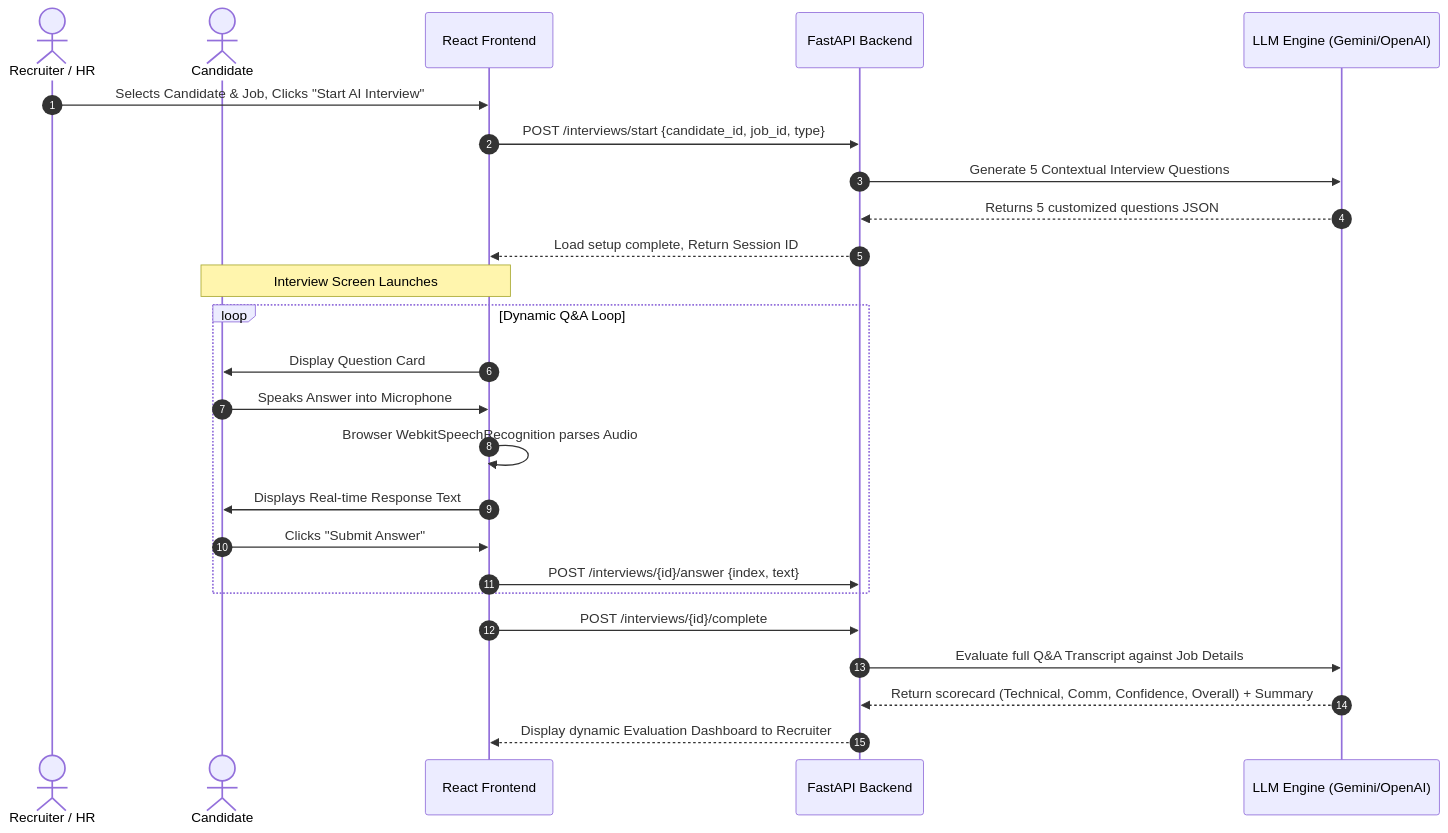
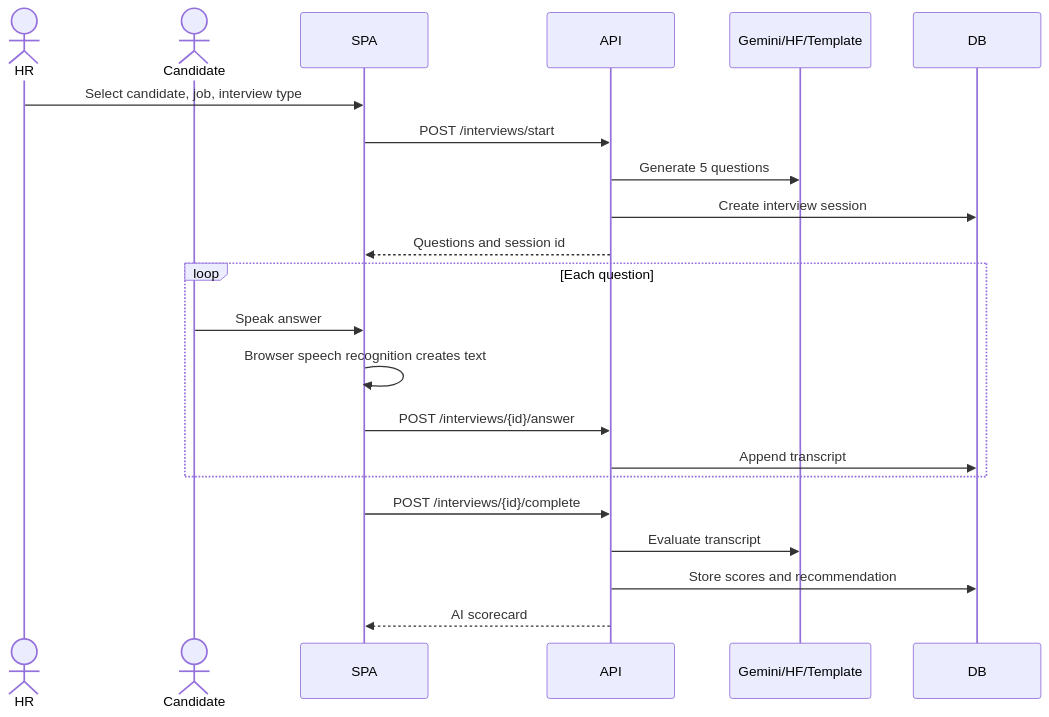
One commit to pranavvenu12/ai-hiring-os changed the third of 7 diagrams in docs/APP_FLOW.md. Above: the diagram before and after it, drawn with Mermaid. The commit also changed other lines of this file and 12 other files, not shown here.

````diff
--- a/docs/APP_FLOW.md
+++ b/docs/APP_FLOW.md
@@ -97,31 +50,25 @@
 ```mermaid
 sequenceDiagram
-    autonumber
-    actor HR as Recruiter / HR
-    actor Cand as Candidate
-    participant SPA as React Frontend
-    participant API as FastAPI Backend
-    participant LLM as LLM Engine (Gemini/OpenAI)
+    actor HR
+    actor Candidate
+    participant SPA
+    participant API
+    participant AI as Gemini/HF/Template
+    participant DB
 
-    HR->>SPA: Selects Candidate & Job, Clicks "Start AI Interview"
-    SPA->>API: POST /interviews/start {candidate_id, job_id, type}
-    API->>LLM: Generate 5 Contextual Interview Questions
-    LLM-->>API: Returns 5 customized questions JSON
-    API-->>SPA: Load setup complete, Return Session ID
-    
-    Note over Cand, SPA: Interview Screen Launches
-    
-    loop Dynamic Q&A Loop
-        SPA->>Cand: Display Question Card
-        Cand->>SPA: Speaks Answer into Microphone
-        SPA->>SPA: Browser WebkitSpeechRecognition parses Audio
-        SPA->>Cand: Displays Real-time Response Text
-        Cand->>SPA: Clicks "Submit Answer"
-        SPA->>API: POST /interviews/{id}/answer {index, text}
+    HR->>SPA: Select candidate, job, interview type
+    SPA->>API: POST /interviews/start
+    API->>AI: Generate 5 questions
+    API->>DB: Create interview session
+    API-->>SPA: Questions and session id
+    loop Each question
+        Candidate->>SPA: Speak answer
+        SPA->>SPA: Browser speech recognition creates text
+        SPA->>API: POST /interviews/{id}/answer
+        API->>DB: Append transcript
     end
-
     SPA->>API: POST /interviews/{id}/complete
-    API->>LLM: Evaluate full Q&A Transcript against Job Details
-    LLM-->>API: Return scorecard (Technical, Comm, Confidence, Overall) + Summary
-    API-->>SPA: Display dynamic Evaluation Dashboard to Recruiter
+    API->>AI: Evaluate transcript
+    API->>DB: Store scores and recommendation
+    API-->>SPA: AI scorecard
 ```
````
